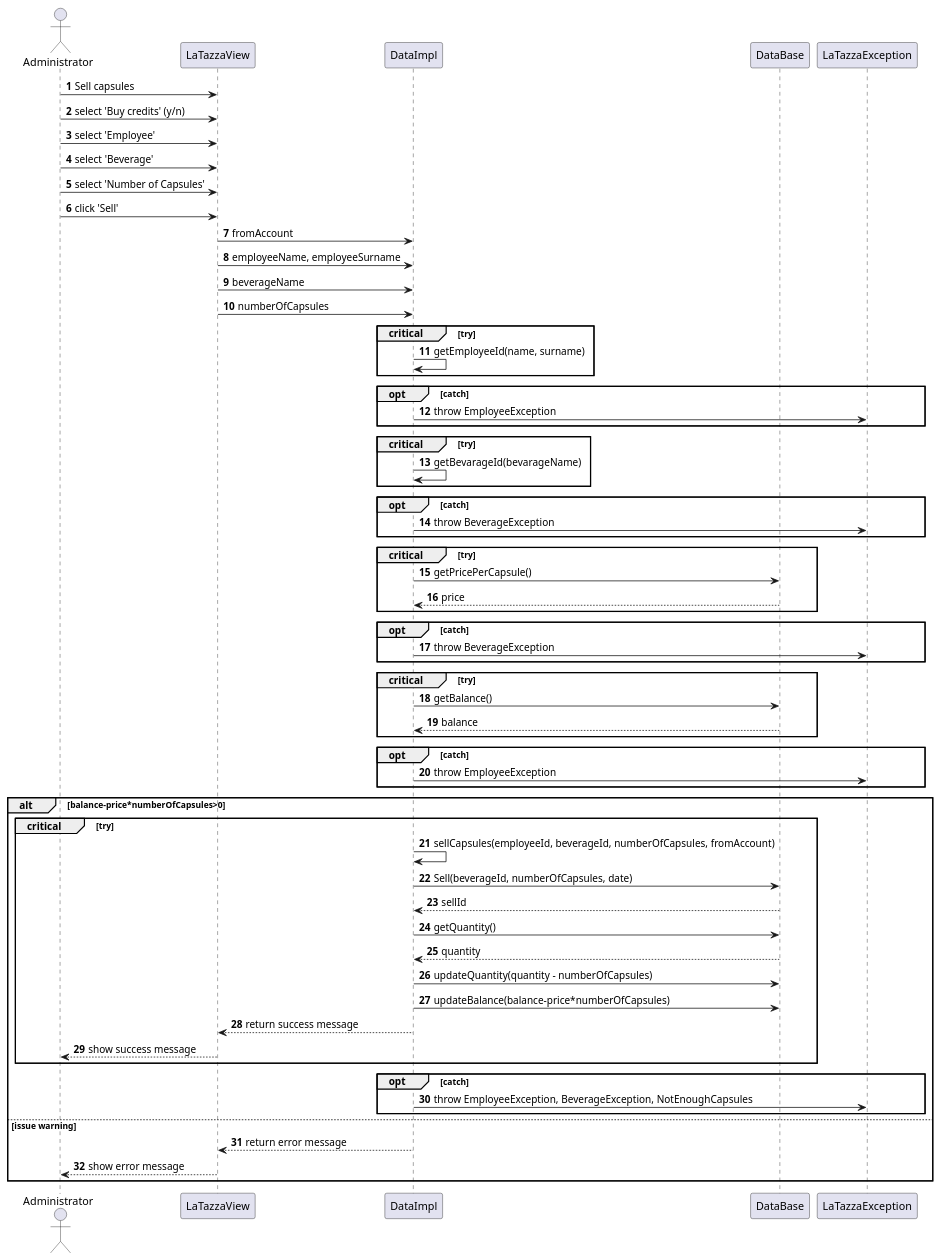
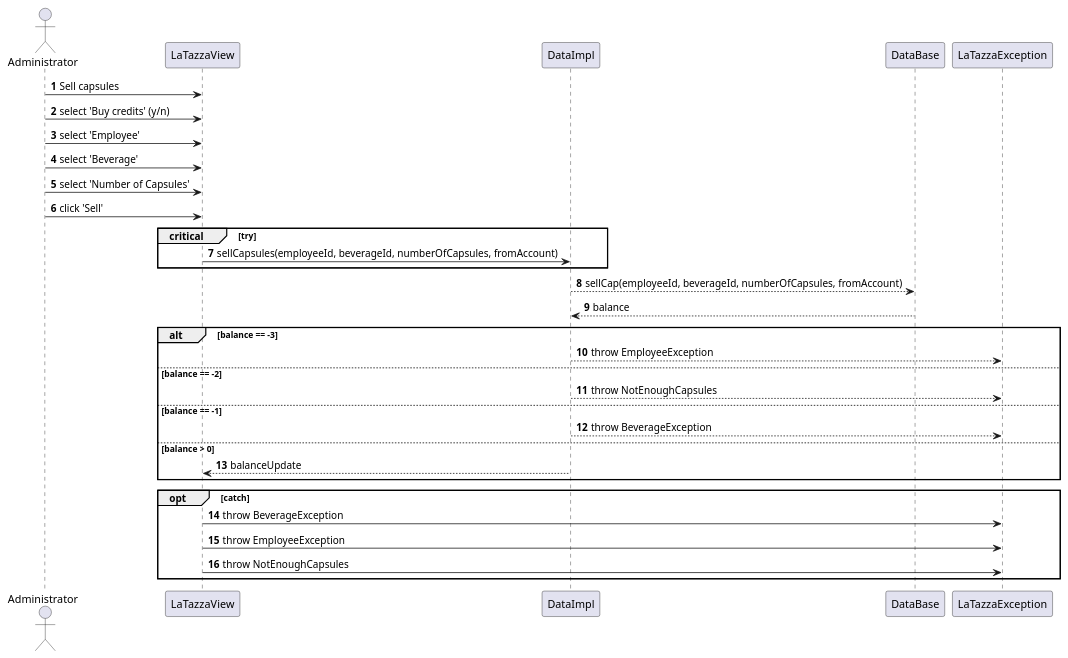
One commit to SimoneDutto/LaTazza changed the third of 3 diagrams in templates/DesignDocumentTemplate.md. Above: the diagram before and after it, drawn with PlantUML. The commit also changed other lines of this file, not shown here.

Commit message:
Update Class Diagram and Sequence Diagram

````diff
--- a/templates/DesignDocumentTemplate.md
+++ b/templates/DesignDocumentTemplate.md
@@ -164,73 +181,40 @@
 ```plantuml
 actor Administrator
 participant LaTazzaView
 participant DataImpl
 participant DataBase
 participant LaTazzaException
 autonumber
 
 Administrator -> LaTazzaView: Sell capsules
 Administrator -> LaTazzaView: select 'Buy credits' (y/n)
 Administrator -> LaTazzaView: select 'Employee'
 Administrator -> LaTazzaView: select 'Beverage'
 Administrator -> LaTazzaView: select 'Number of Capsules'
 Administrator -> LaTazzaView: click 'Sell'
 
-LaTazzaView -> DataImpl: fromAccount
-LaTazzaView -> DataImpl: employeeName, employeeSurname
-LaTazzaView -> DataImpl: beverageName
-LaTazzaView -> DataImpl: numberOfCapsules
 
-critical try 
-    DataImpl -> DataImpl:getEmployeeId(name, surname)
+critical try
+    LaTazzaView -> DataImpl: sellCapsules(employeeId, beverageId, numberOfCapsules, fromAccount)
 end
-opt catch 
-    DataImpl -> LaTazzaException: throw EmployeeException
+DataImpl --> DataBase: sellCap(employeeId, beverageId, numberOfCapsules, fromAccount)
+DataBase --> DataImpl: balance
+alt balance == -3
+ DataImpl -->  LaTazzaException: throw EmployeeException
+else balance == -2
+    DataImpl -->  LaTazzaException: throw NotEnoughCapsules
+else balance == -1
+    DataImpl -->  LaTazzaException: throw BeverageException
+else balance > 0
+    DataImpl --> LaTazzaView : balanceUpdate
+end
+    
+opt catch
+    LaTazzaView -> LaTazzaException: throw BeverageException
+    LaTazzaView -> LaTazzaException: throw EmployeeException
+    LaTazzaView -> LaTazzaException: throw NotEnoughCapsules
 end
 
-critical try
-    DataImpl -> DataImpl: getBevarageId(bevarageName)
-end
-opt catch
-    DataImpl -> LaTazzaException: throw BeverageException
-end
-
-critical try
-    DataImpl -> DataBase: getPricePerCapsule()
-    DataBase --> DataImpl: price
-end
-opt catch
-    DataImpl -> LaTazzaException: throw BeverageException
-end
-
-critical try
-    DataImpl -> DataBase: getBalance()
-    DataBase --> DataImpl: balance
-end
-opt catch
-    DataImpl -> LaTazzaException: throw EmployeeException
-end
-
-alt balance-price*numberOfCapsules>0
-    critical try
-    DataImpl -> DataImpl: sellCapsules(employeeId, beverageId, numberOfCapsules, fromAccount)
-    DataImpl -> DataBase: Sell(beverageId, numberOfCapsules, date)
-    DataBase --> DataImpl: sellId
-    DataImpl -> DataBase: getQuantity()
-    DataBase --> DataImpl: quantity
-    DataImpl -> DataBase: updateQuantity(quantity - numberOfCapsules)
-    DataImpl -> DataBase: updateBalance(balance-price*numberOfCapsules)
-    DataImpl --> LaTazzaView: return success message
-    LaTazzaView --> Administrator: show success message
-    end
-    opt catch
-    DataImpl -> LaTazzaException: throw EmployeeException, BeverageException, NotEnoughCapsules
-    end
-    
-else issue warning
-    DataImpl --> LaTazzaView: return error message
-    LaTazzaView --> Administrator: show error message
-end
 
     
 ```
````
